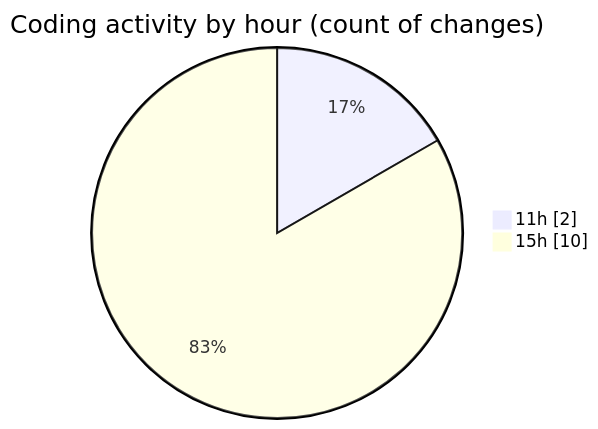
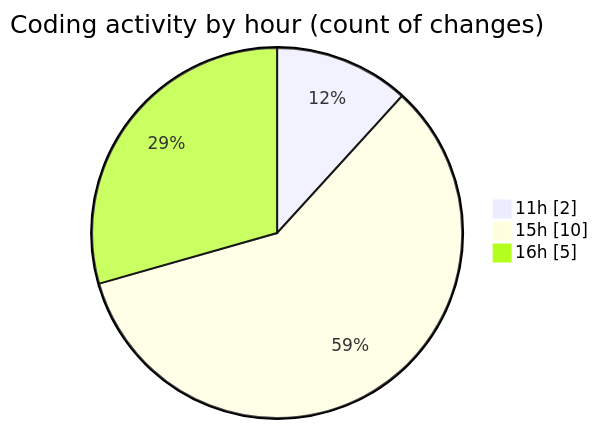
One commit to debugP/code-tracking changed the second of 2 diagrams in 2026-07-06/wp-content/README.md. Above: the diagram before and after it, drawn with Mermaid. The commit also changed other lines of this file and 1 other file, not shown here.

````diff
--- a/2026-07-06/wp-content/README.md
+++ b/2026-07-06/wp-content/README.md
@@ -29,6 +31,7 @@
 ```mermaid
 pie showData
 title Coding activity by hour (count of changes)
 "11h" : 2
 "15h" : 10
+"16h" : 5
 ```
````
